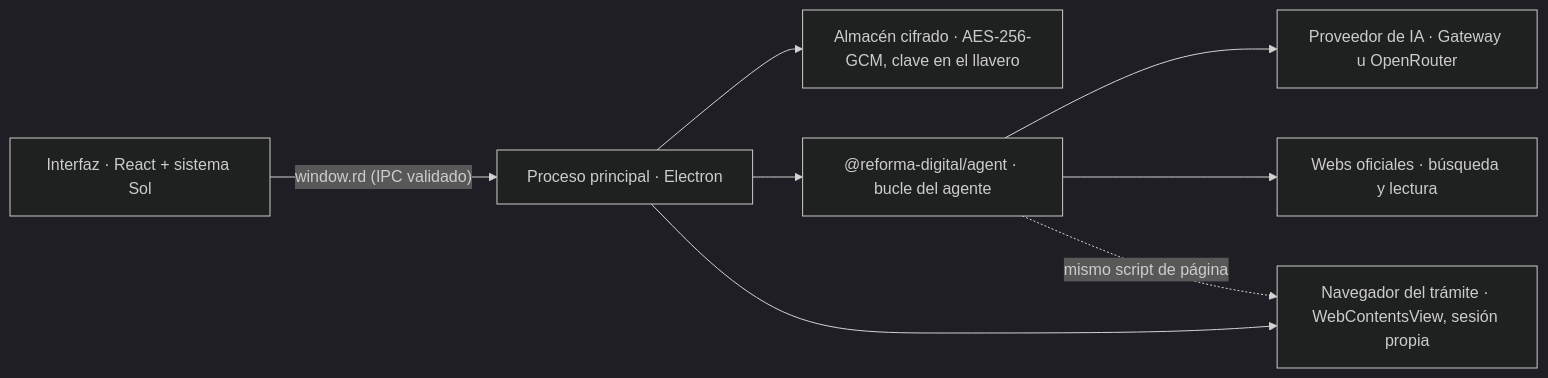
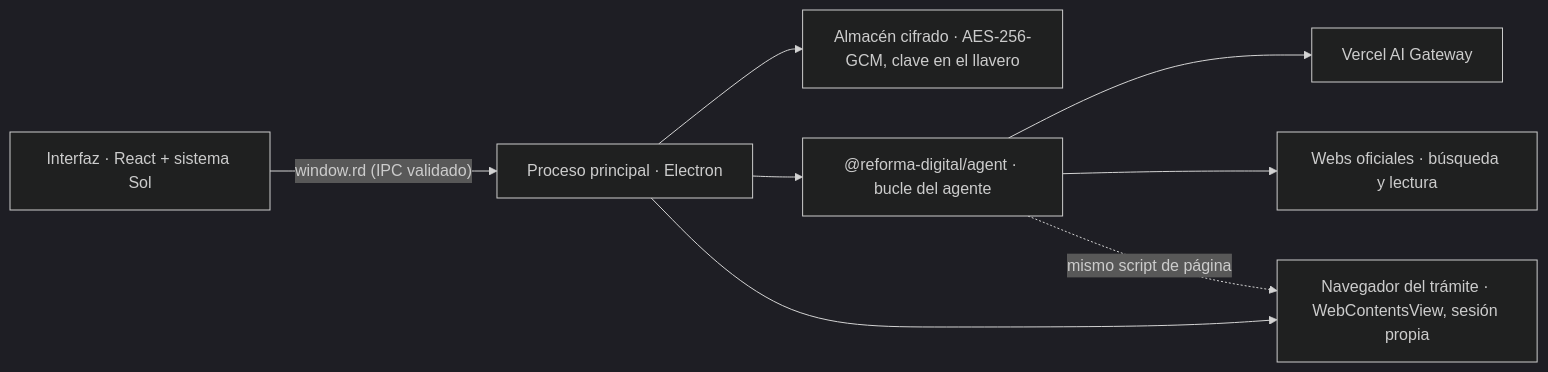
Before and after one commit to SantiagoJimenezQ/reforma-digital: the diagram in apps/desktop/README.md, drawn with Mermaid (dark theme). The commit also changed other lines of this file and 10 other files, not shown here.

First line of the commit message:
feat(desktop): usa la clave de Vercel AI Gateway sin pedírsela a la persona

````diff
--- a/apps/desktop/README.md
+++ b/apps/desktop/README.md
@@ -26,10 +28,10 @@
 ```mermaid
 flowchart LR
   UI["Interfaz · React + sistema Sol"] -- "window.rd (IPC validado)" --> Main["Proceso principal · Electron"]
   Main --> Almacen["Almacén cifrado · AES-256-GCM, clave en el llavero"]
   Main --> Agente["@reforma-digital/agent · bucle del agente"]
-  Agente --> Modelo["Proveedor de IA · Gateway u OpenRouter"]
+  Agente --> Modelo["Vercel AI Gateway"]
   Agente --> Oficiales["Webs oficiales · búsqueda y lectura"]
   Main --> Vista["Navegador del trámite · WebContentsView, sesión propia"]
   Agente -. "mismo script de página" .-> Vista
 ```
````
